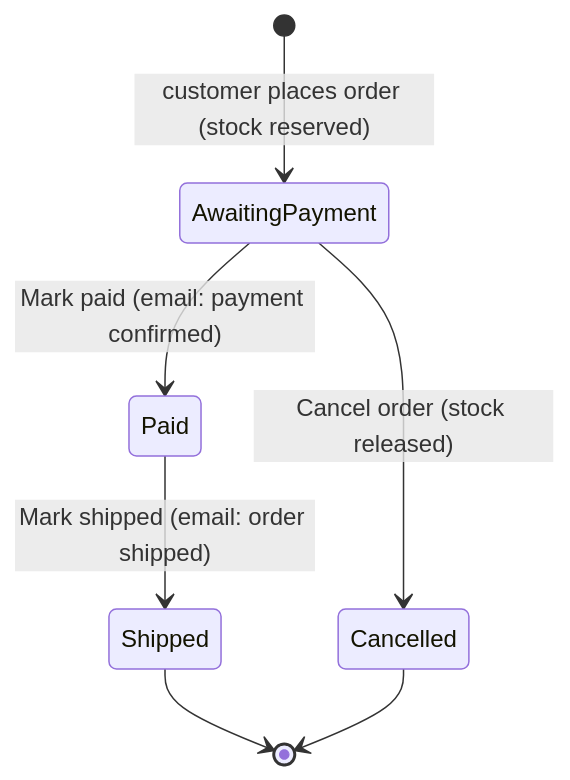
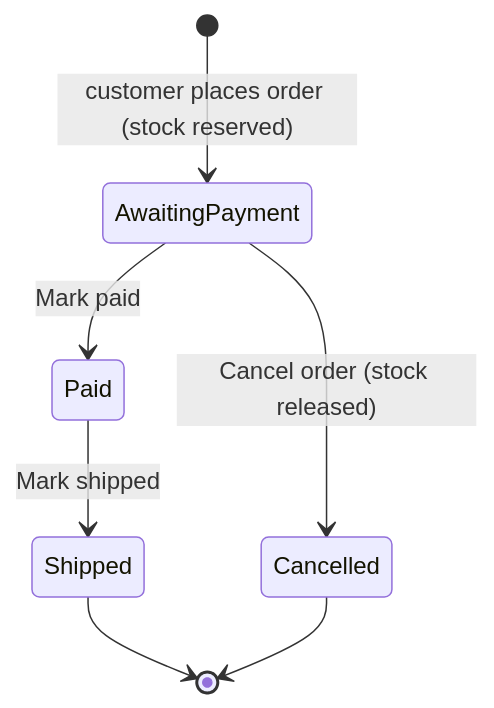
The diagram in docs/design/order-handling.md (chjort/bookshop), drawn with Mermaid before and after one commit. The commit also changed other lines of this file and 1 other file, not shown here.

First line of the commit message:
design: order handling and payment page clarifications (#28 questions)

````diff
--- a/docs/design/order-handling.md
+++ b/docs/design/order-handling.md
@@ -13,9 +13,9 @@
 ```mermaid
 stateDiagram-v2
     [*] --> AwaitingPayment: customer places order (stock reserved)
-    AwaitingPayment --> Paid: Mark paid (email: payment confirmed)
+    AwaitingPayment --> Paid: Mark paid
     AwaitingPayment --> Cancelled: Cancel order (stock released)
-    Paid --> Shipped: Mark shipped (email: order shipped)
+    Paid --> Shipped: Mark shipped
     Shipped --> [*]
     Cancelled --> [*]
 ```
````
